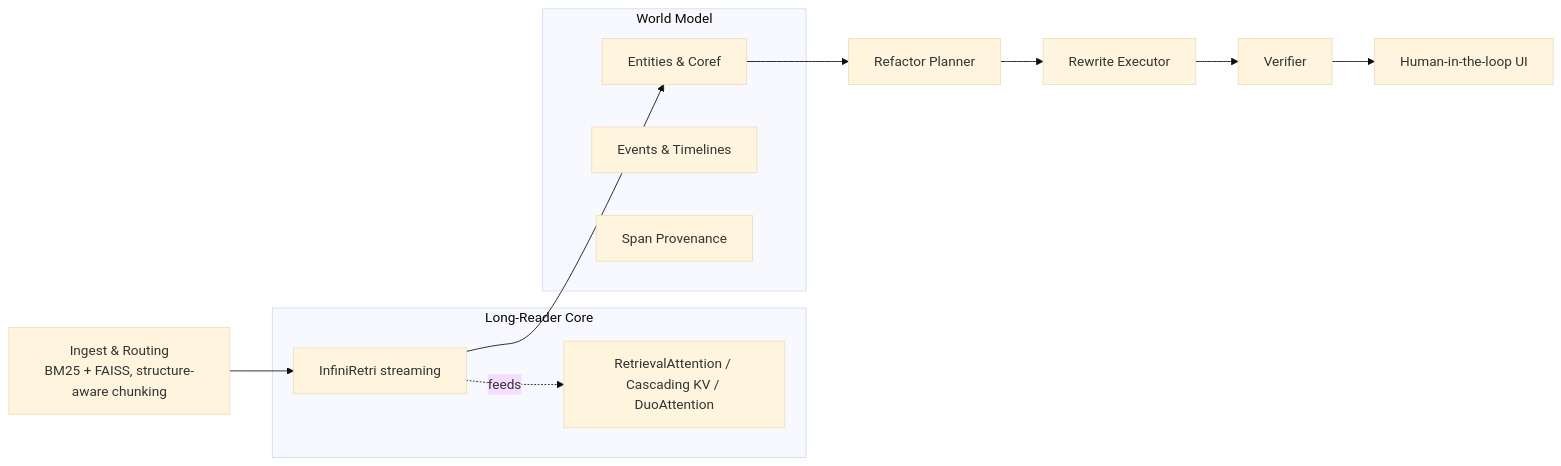
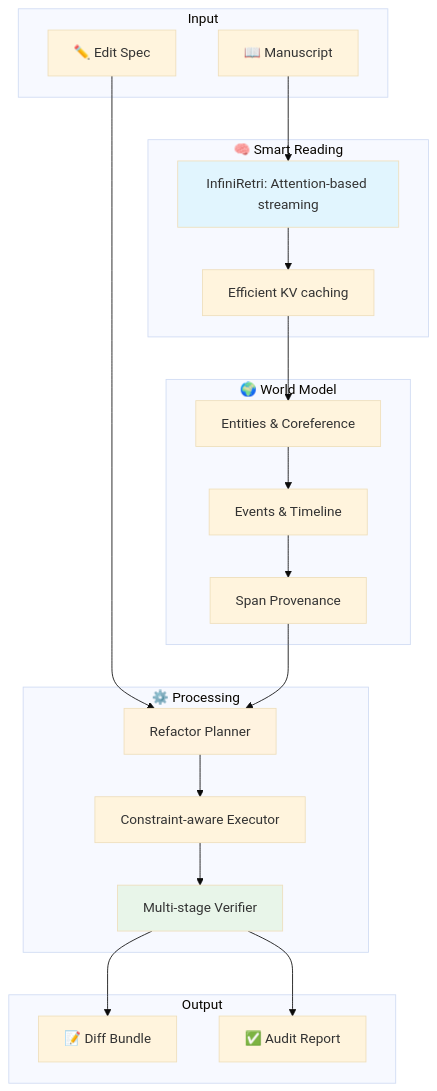
Before and after one commit to devongermano/CoRE: the diagram in README.md, drawn with Mermaid (base theme). The commit also changed other lines of this file, not shown here.

````diff
--- a/README.md
+++ b/README.md
@@ -64,25 +168,41 @@
 ```mermaid
-flowchart LR
-  %% Fixed: combine subtext into the node label (no stray parentheses),
-  %% avoid id/subgraph name collisions, and link to internal nodes.
-
-  A["Ingest & Routing<br/>BM25 + FAISS, structure-aware chunking"] --> L1
-
-  subgraph LRcore[Long-Reader Core]
-    L1[InfiniRetri streaming]
-    L2[RetrievalAttention / Cascading KV / DuoAttention]
-    L1 -. feeds .-> L2
-  end
-
-  L1 --> W1
-  subgraph WM[World Model]
-    W1[Entities & Coref]
-    W2[Events & Timelines]
-    W3[Span Provenance]
-  end
-
-  W1 --> PL[Refactor Planner]
-  PL --> EX[Rewrite Executor]
-  EX --> VF[Verifier]
-  VF --> UI[Human-in-the-loop UI]
+flowchart TB
+    subgraph Input
+        MS[📖 Manuscript]
+        ES[✏️ Edit Spec]
+    end
+    
+    subgraph "🧠 Smart Reading"
+        IR[InfiniRetri: Attention-based streaming]
+        KV[Efficient KV caching]
+    end
+    
+    subgraph "🌍 World Model"
+        EN[Entities & Coreference]
+        EV[Events & Timeline]
+        SP[Span Provenance]
+    end
+    
+    subgraph "⚙️ Processing"
+        PL[Refactor Planner]
+        EX[Constraint-aware Executor]
+        VF[Multi-stage Verifier]
+    end
+    
+    subgraph Output
+        DF[📝 Diff Bundle]
+        AR[✅ Audit Report]
+    end
+    
+    MS --> IR
+    ES --> PL
+    IR --> KV --> EN
+    EN --> EV --> SP
+    SP --> PL --> EX --> VF
+    VF --> DF
+    VF --> AR
+    
+    style IR fill:#e1f5fe
+    style PL fill:#fff3e0
+    style VF fill:#e8f5e9
 ```
````
